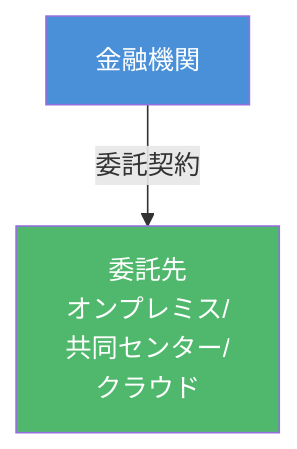
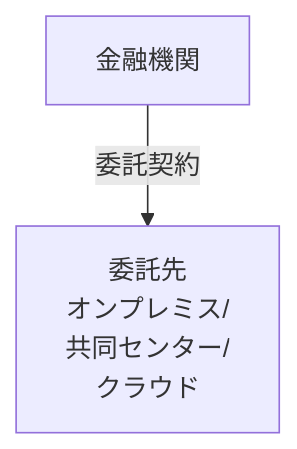
One commit to ktrysmt/ktrysmt.github.io changed the third of 4 diagrams in _posts/2026-04-03-fisc-structure-guide.md. Above: the diagram before and after it, drawn with Mermaid. The commit also changed other lines of this file and 3 other files, not shown here.

````diff
--- a/_posts/2026-04-03-fisc-structure-guide.md
+++ b/_posts/2026-04-03-fisc-structure-guide.md
@@ -257,7 +244,4 @@
 ```mermaid
 graph TD
     FI["金融機関"] -->|"委託契約"| V["委託先<br>オンプレミス/<br>共同センター/<br>クラウド"]
-
-    style FI fill:#4a90d9,color:#fff
-    style V fill:#50b86c,color:#fff
 ```
````
